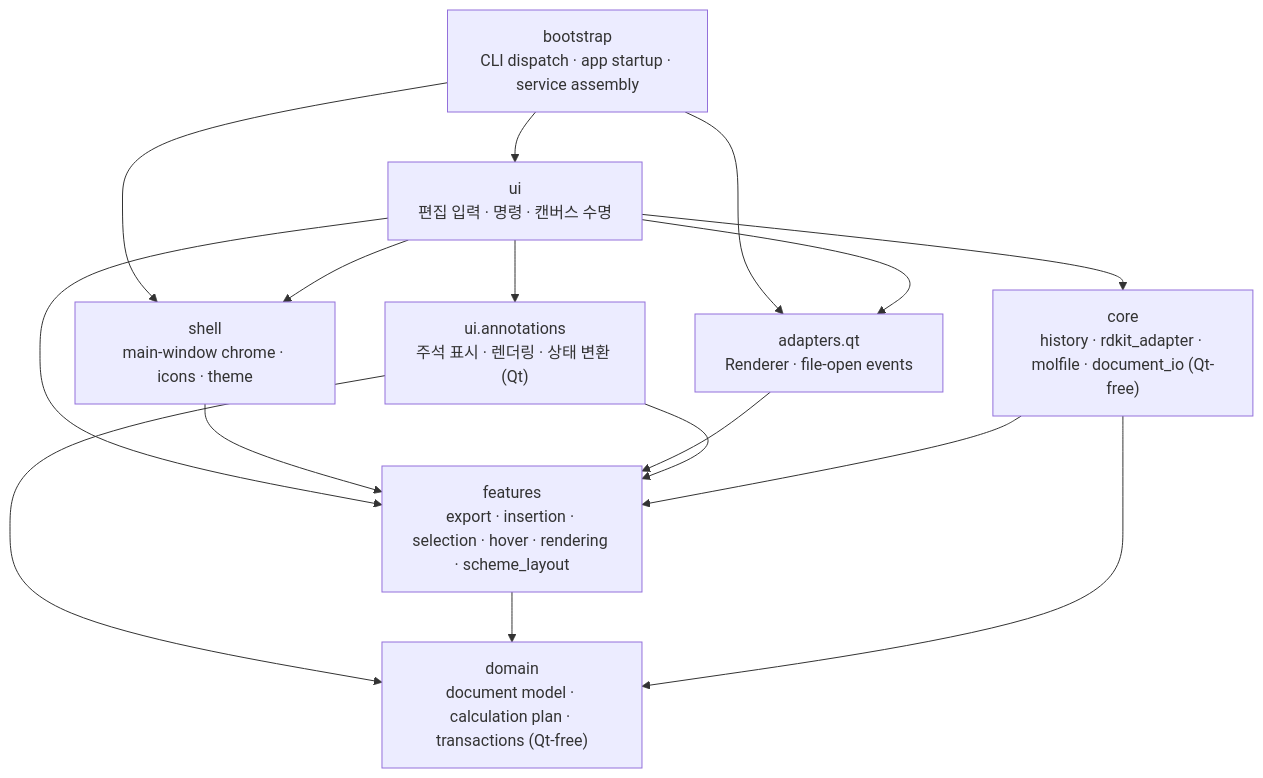
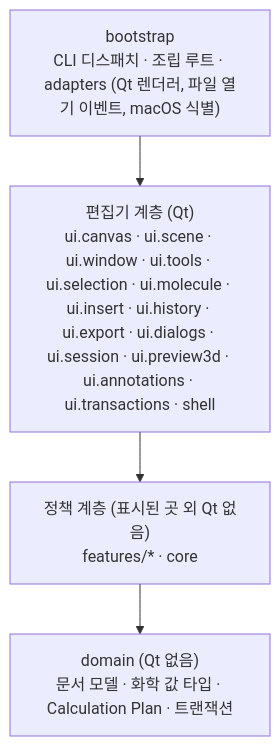
One commit to dhsohn/Chemvas changed the first of 4 diagrams in docs/ARCHITECTURE.ko.md. Above: the diagram before and after it, drawn with Mermaid. The commit also changed other lines of this file and 907 other files, not shown here.

````diff
--- a/docs/ARCHITECTURE.ko.md
+++ b/docs/ARCHITECTURE.ko.md
@@ -9,26 +9,10 @@
 ```mermaid
 flowchart TB
-    bootstrap["bootstrap<br/>CLI dispatch · app startup · service assembly"]
-    shell["shell<br/>main-window chrome · icons · theme"]
-    ui["ui<br/>편집 입력 · 명령 · 캔버스 수명"]
-    annotations["ui.annotations<br/>주석 표시 · 렌더링 · 상태 변환 (Qt)"]
-    adapters["adapters.qt<br/>Renderer · file-open events"]
-    features["features<br/>export · insertion · selection · hover · rendering · scheme_layout"]
-    core["core<br/>history · rdkit_adapter · molfile · document_io (Qt-free)"]
-    domain["domain<br/>document model · calculation plan · transactions (Qt-free)"]
-    bootstrap --> ui
-    bootstrap --> shell
-    bootstrap --> adapters
-    ui --> shell
-    ui --> adapters
-    ui --> annotations
-    ui --> features
-    ui --> core
-    shell --> features
-    adapters --> features
-    annotations --> domain
-    annotations --> features
-    features --> domain
-    core --> domain
-    core --> features
+    bootstrap["bootstrap<br/>CLI 디스패치 · 조립 루트 · adapters (Qt 렌더러, 파일 열기 이벤트, macOS 식별)"]
+    editor["편집기 계층 (Qt)<br/>ui.canvas · ui.scene · ui.window · ui.tools · ui.selection · ui.molecule · ui.insert · ui.history · ui.export · ui.dialogs · ui.session · ui.preview3d · ui.annotations · ui.transactions · shell"]
+    policy["정책 계층 (표시된 곳 외 Qt 없음)<br/>features/* · core"]
+    domain["domain (Qt 없음)<br/>문서 모델 · 화학 값 타입 · Calculation Plan · 트랜잭션"]
+    bootstrap --> editor
+    editor --> policy
+    policy --> domain
 ```
````
